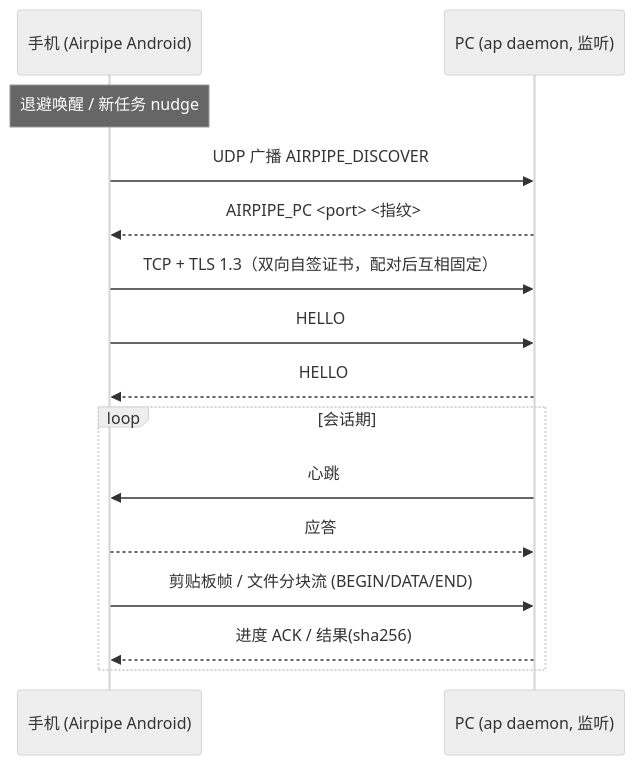
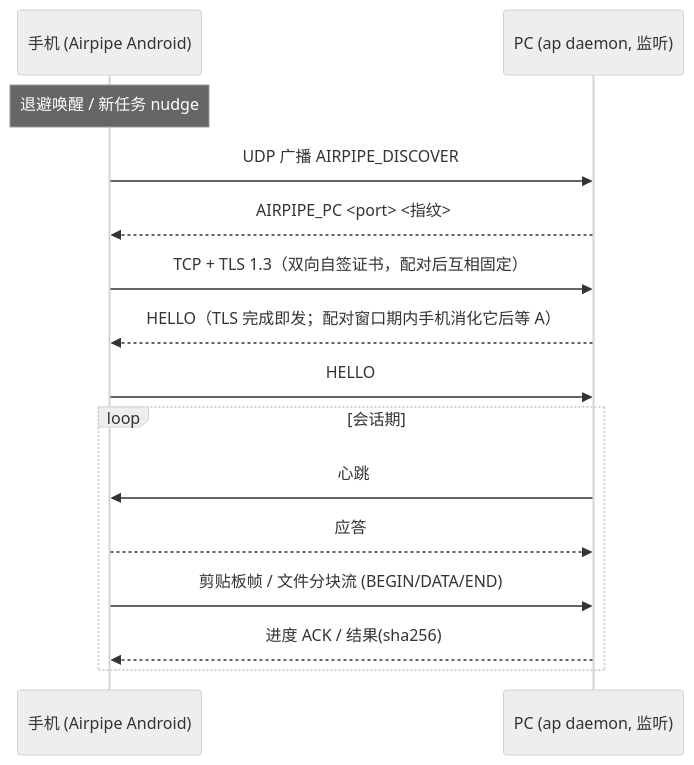
One commit to morethan987/airpipe changed the diagram in README.md. Above: the diagram before and after it, drawn with Mermaid (neutral theme).

Commit message:
docs: 时序图修正 HELLO 先后（PC 先发）

````diff
--- a/README.md
+++ b/README.md
@@ -17,17 +17,17 @@
 ```mermaid
 sequenceDiagram
     participant A as 手机 (Airpipe Android)
     participant P as PC (ap daemon, 监听)
     Note over A: 退避唤醒 / 新任务 nudge
     A->>P: UDP 广播 AIRPIPE_DISCOVER
     P-->>A: AIRPIPE_PC <port> <指纹>
     A->>P: TCP + TLS 1.3（双向自签证书，配对后互相固定）
+    P-->>A: HELLO（TLS 完成即发；配对窗口期内手机消化它后等 A）
     A->>P: HELLO
-    P-->>A: HELLO
     loop 会话期
         P->>A: 心跳
         A-->>P: 应答
         A->>P: 剪贴板帧 / 文件分块流 (BEGIN/DATA/END)
         P-->>A: 进度 ACK / 结果(sha256)
     end
 ```
````
